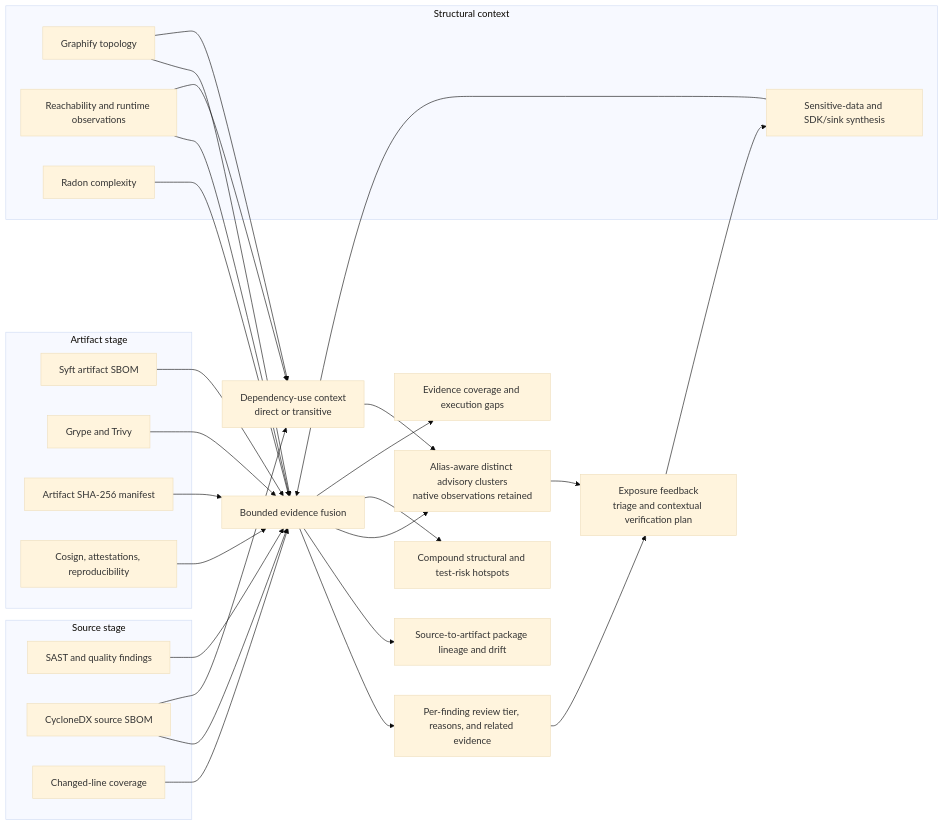
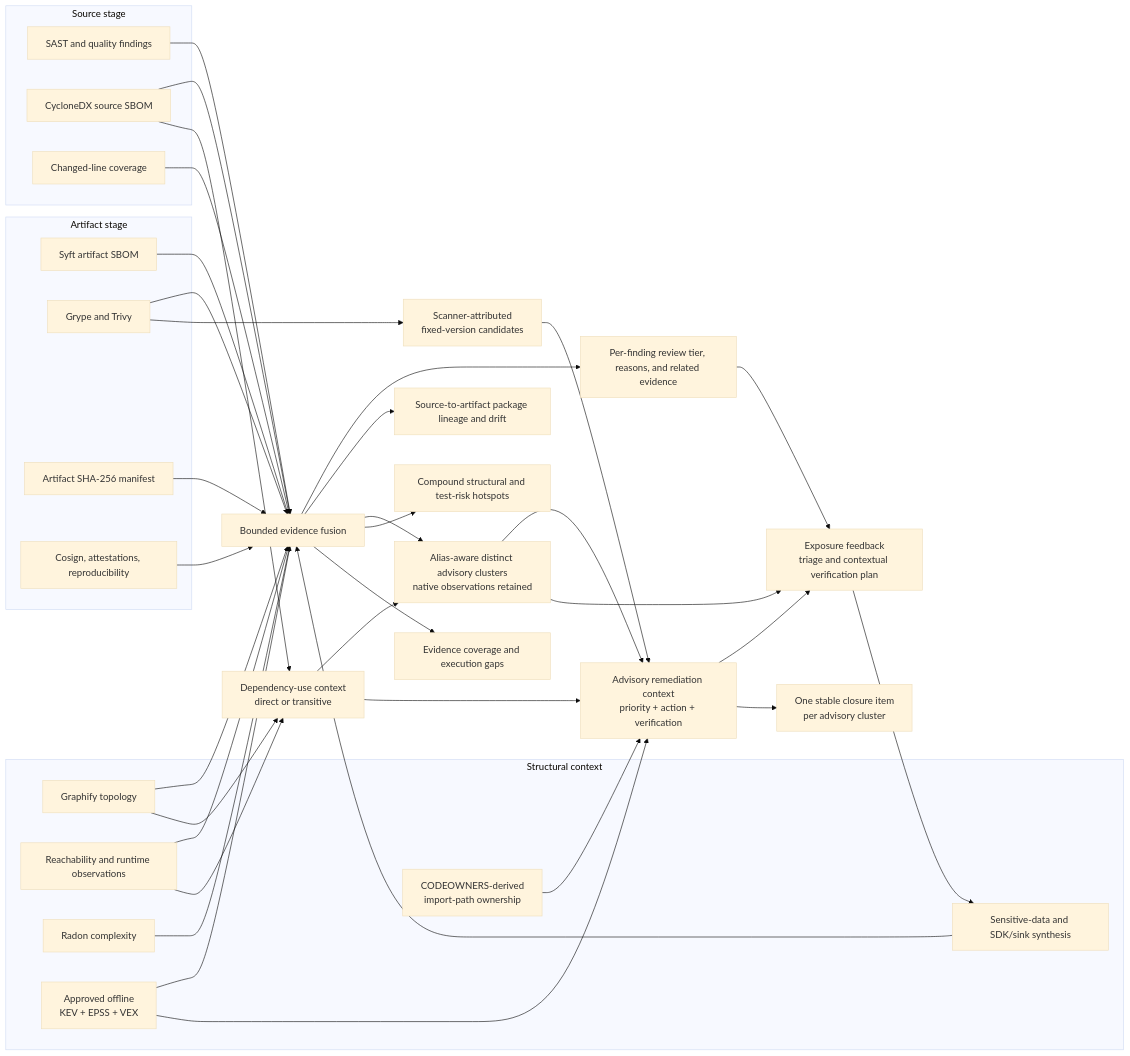
Before and after one commit to willtran87/project-py-security-suite: the diagram in docs/evidence-fusion.md, drawn with Mermaid (base theme). The commit also changed other lines of this file and 27 other files, not shown here.

Commit message:
Route advisory remediation through ownership and tests

````diff
--- a/docs/evidence-fusion.md
+++ b/docs/evidence-fusion.md
@@ -28,43 +30,54 @@
 ```mermaid
 flowchart LR
     subgraph Source["Source stage"]
         SAST["SAST and quality findings"]
         SourceSBOM["CycloneDX source SBOM"]
         Diff["Changed-line coverage"]
     end
     subgraph Structure["Structural context"]
         Graph["Graphify topology"]
         Reach["Reachability and runtime observations"]
         Complexity["Radon complexity"]
         Exposure["Sensitive-data and SDK/sink synthesis"]
+        Intelligence["Approved offline<br/>KEV + EPSS + VEX"]
+        Owners["CODEOWNERS-derived<br/>import-path ownership"]
     end
     subgraph Artifact["Artifact stage"]
         ArtifactSBOM["Syft artifact SBOM"]
         Vuln["Grype and Trivy"]
         Manifest["Artifact SHA-256 manifest"]
         Provenance["Cosign, attestations, reproducibility"]
     end
     SAST --> Fusion["Bounded evidence fusion"]
     SourceSBOM --> Fusion
     Diff --> Fusion
     Graph --> Fusion
     Reach --> Fusion
     Complexity --> Fusion
     Exposure --> Fusion
+    Intelligence --> Fusion
+    Owners --> Decision
     ArtifactSBOM --> Fusion
     Vuln --> Fusion
     Manifest --> Fusion
     Provenance --> Fusion
     Fusion --> Finding["Per-finding review tier, reasons, and related evidence"]
     Finding --> Verify["Exposure feedback<br/>triage and contextual verification plan"]
     Verify --> Exposure
     Fusion --> Lineage["Source-to-artifact package lineage and drift"]
     Fusion --> Advisory["Alias-aware distinct advisory clusters<br/>native observations retained"]
     SourceSBOM --> Use["Dependency-use context<br/>direct or transitive"]
     Graph --> Use
     Reach --> Use
     Use --> Advisory
+    Vuln --> Fixes["Scanner-attributed<br/>fixed-version candidates"]
+    Fixes --> Decision["Advisory remediation context<br/>priority + action + verification"]
+    Intelligence --> Decision
+    Use --> Decision
+    Advisory --> Decision
+    Decision --> Verify
+    Decision --> Closure["One stable closure item<br/>per advisory cluster"]
     Advisory --> Verify
     Fusion --> Hotspots["Compound structural and test-risk hotspots"]
     Fusion --> Lanes["Evidence coverage and execution gaps"]
 ```
````
